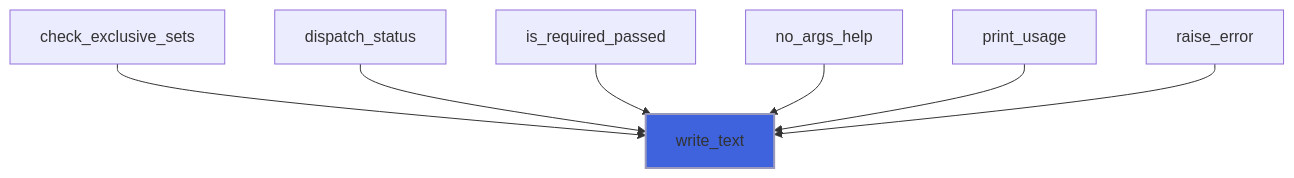
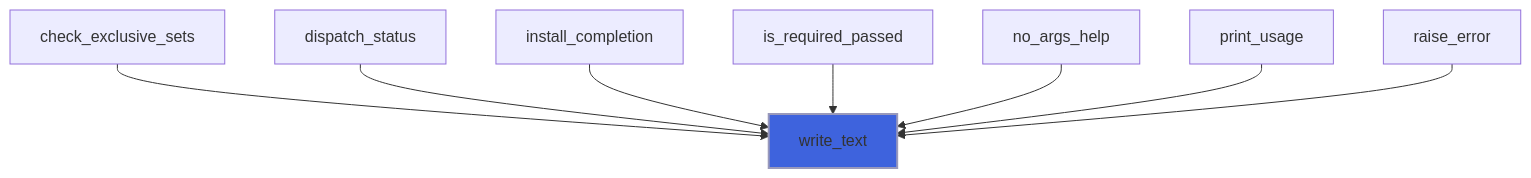
One commit to szaghi/FLAP changed the seventh of 18 diagrams in docs/api/src/lib/flap_utils_m.md. Above: the diagram before and after it, drawn with Mermaid. The commit also changed other lines of this file and 15 other files, not shown here.

First line of the commit message:
feat(completion): --show-completion and --install-completion

````diff
--- a/docs/api/src/lib/flap_utils_m.md
+++ b/docs/api/src/lib/flap_utils_m.md
@@ -254,10 +256,11 @@
 ```mermaid
 flowchart TD
   check_exclusive_sets["check_exclusive_sets"] --> write_text["write_text"]
   dispatch_status["dispatch_status"] --> write_text["write_text"]
+  install_completion["install_completion"] --> write_text["write_text"]
   is_required_passed["is_required_passed"] --> write_text["write_text"]
   no_args_help["no_args_help"] --> write_text["write_text"]
   print_usage["print_usage"] --> write_text["write_text"]
   raise_error["raise_error"] --> write_text["write_text"]
   style write_text fill:#3e63dd,stroke:#99b,stroke-width:2px
 ```
````
